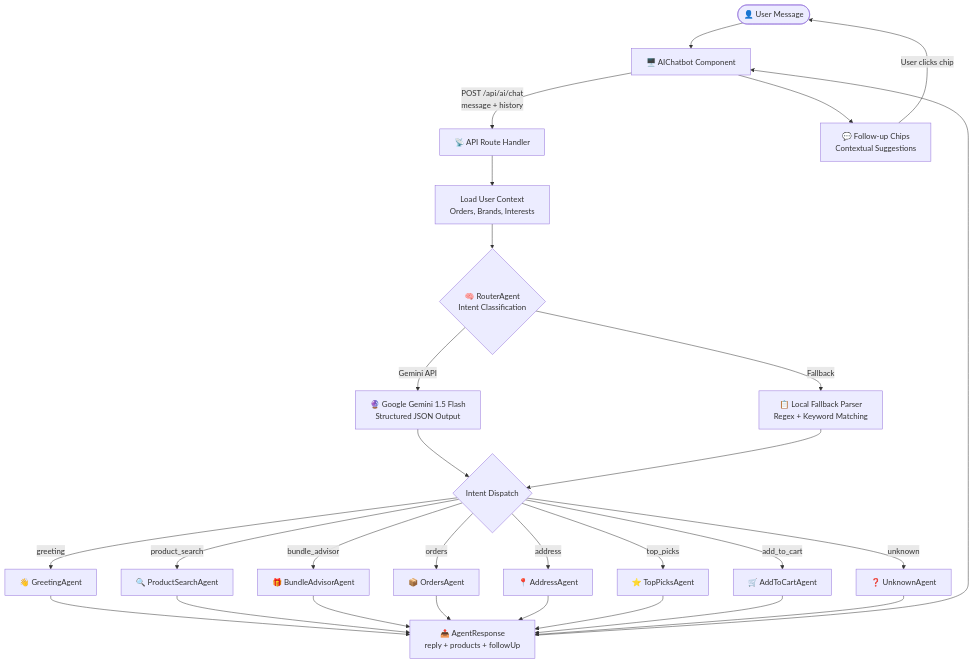
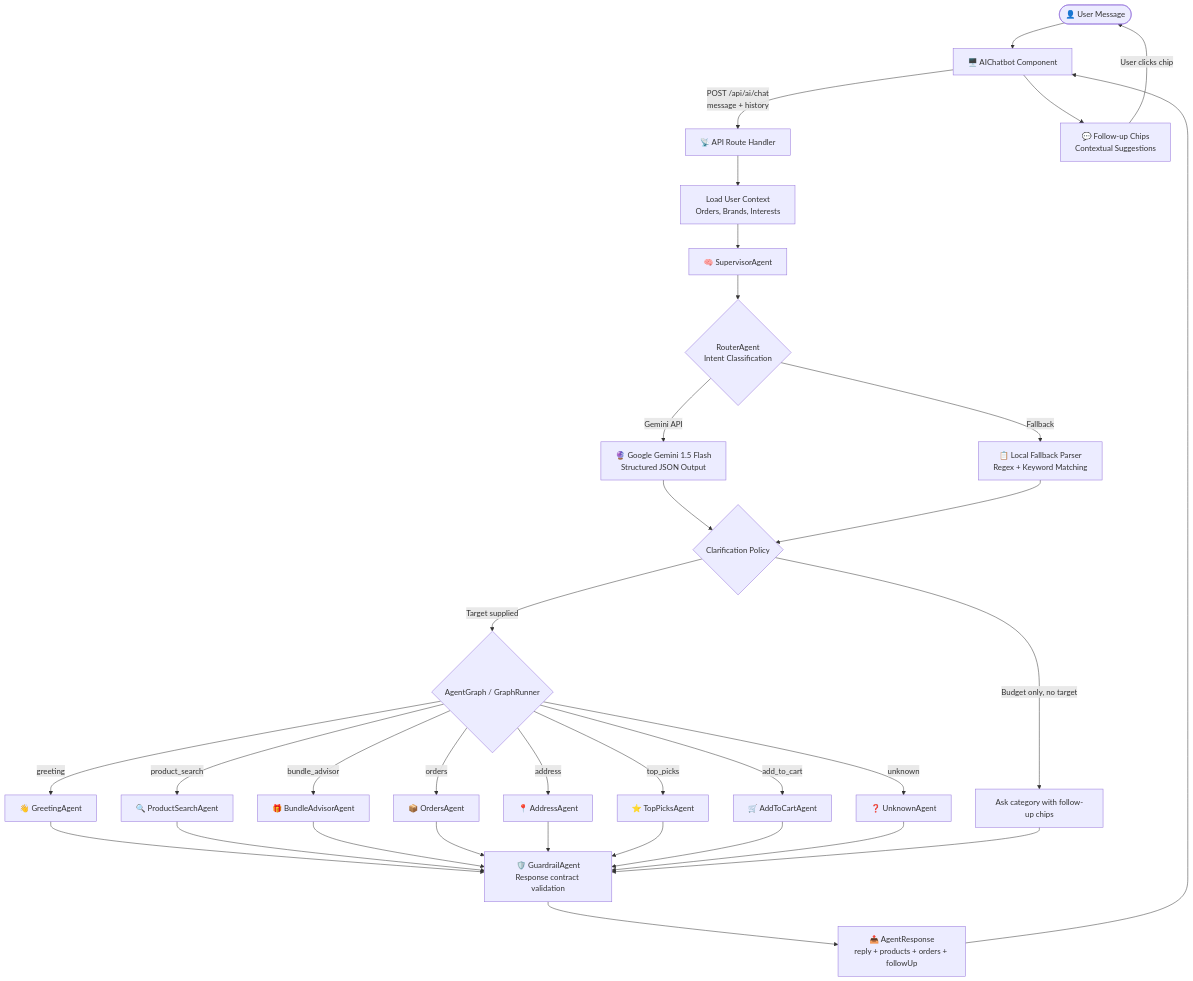
One commit to inkxe-shradha/ECommerce-Design-Suite changed the first of 7 diagrams in docs/AGENTIC-AI-ARCHITECTURE.md. Above: the diagram before and after it, drawn with Mermaid. The commit also changed other lines of this file and 15 other files, not shown here.

````diff
--- a/docs/AGENTIC-AI-ARCHITECTURE.md
+++ b/docs/AGENTIC-AI-ARCHITECTURE.md
@@ -11,35 +11,40 @@
 ```mermaid
 flowchart TD
     User([👤 User Message]) --> Frontend[🖥️ AIChatbot Component]
     Frontend -->|POST /api/ai/chat<br/>message + history| API[📡 API Route Handler]
     API --> LoadCtx[Load User Context<br/>Orders, Brands, Interests]
-    LoadCtx --> Router{🧠 RouterAgent<br/>Intent Classification}
+    LoadCtx --> Supervisor[🧠 SupervisorAgent]
+    Supervisor --> Router{RouterAgent<br/>Intent Classification}
 
     Router -->|Gemini API| Gemini[🔮 Google Gemini 1.5 Flash<br/>Structured JSON Output]
     Router -->|Fallback| LocalParse[📋 Local Fallback Parser<br/>Regex + Keyword Matching]
 
-    Gemini --> Dispatch
-    LocalParse --> Dispatch
+    Gemini --> Clarify{Clarification Policy}
+    LocalParse --> Clarify
+    Clarify -->|Budget only, no target| Clarification[Ask category with follow-up chips]
+    Clarify -->|Target supplied| Dispatch
 
-    Dispatch{Intent Dispatch} -->|greeting| GA[👋 GreetingAgent]
+    Dispatch{AgentGraph / GraphRunner} -->|greeting| GA[👋 GreetingAgent]
     Dispatch -->|product_search| PSA[🔍 ProductSearchAgent]
     Dispatch -->|bundle_advisor| BA[🎁 BundleAdvisorAgent]
     Dispatch -->|orders| OA[📦 OrdersAgent]
     Dispatch -->|address| AA[📍 AddressAgent]
     Dispatch -->|top_picks| TPA[⭐ TopPicksAgent]
     Dispatch -->|add_to_cart| ACA[🛒 AddToCartAgent]
     Dispatch -->|unknown| UA[❓ UnknownAgent]
 
-    GA --> Response
-    PSA --> Response
-    BA --> Response
-    OA --> Response
-    AA --> Response
-    TPA --> Response
-    ACA --> Response
-    UA --> Response
+    GA --> Guardrail[🛡️ GuardrailAgent<br/>Response contract validation]
+    PSA --> Guardrail
+    BA --> Guardrail
+    OA --> Guardrail
+    AA --> Guardrail
+    TPA --> Guardrail
+    ACA --> Guardrail
+    UA --> Guardrail
 
-    Response[📤 AgentResponse<br/>reply + products + followUp] --> Frontend
+    Clarification --> Guardrail
+    Guardrail --> Response[📤 AgentResponse<br/>reply + products + orders + followUp]
+    Response --> Frontend
     Frontend --> Chips[💬 Follow-up Chips<br/>Contextual Suggestions]
     Chips -->|User clicks chip| User
 ```
````
